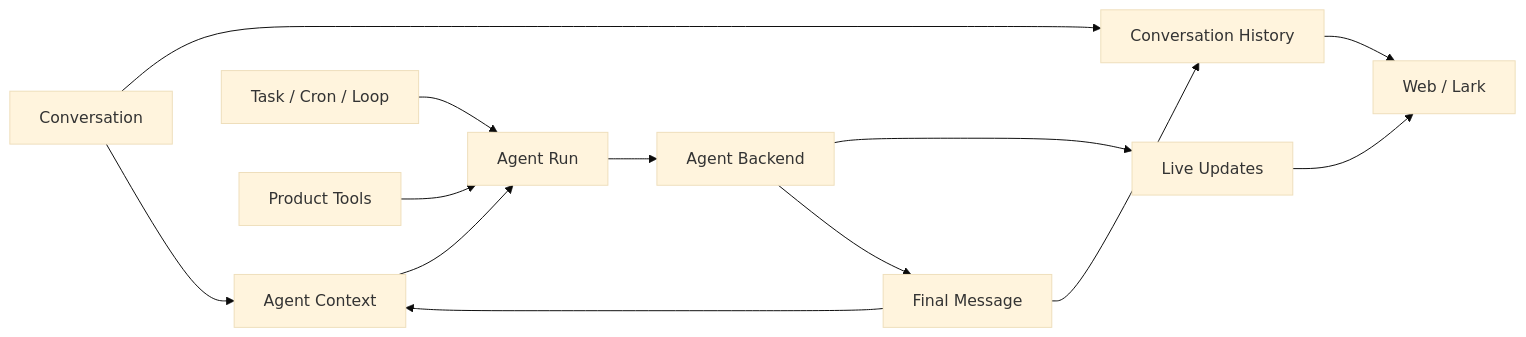
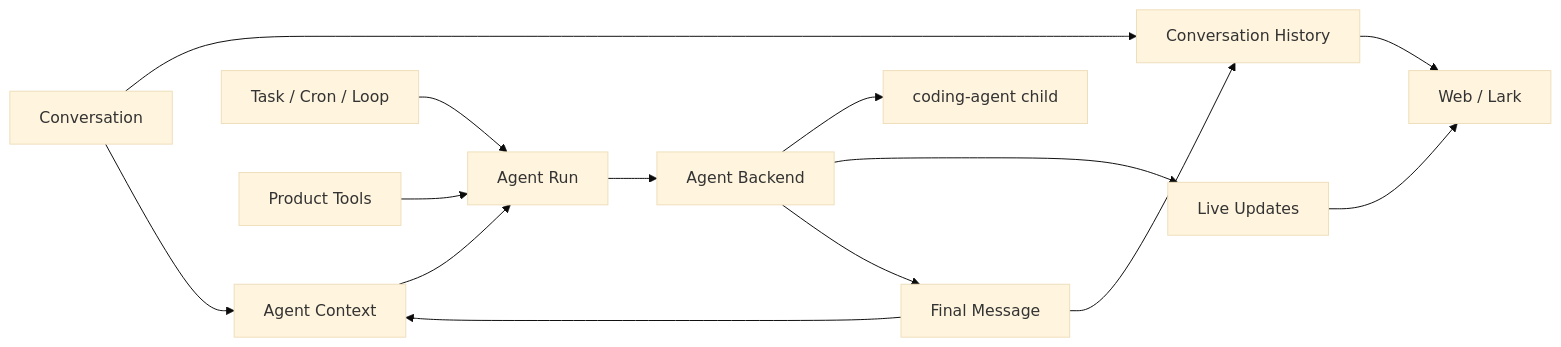
Before and after one commit to Chengchcc/my-agent-dev: the first of 3 diagrams in docs/architecture/map.md, drawn with Mermaid (base theme). The commit also changed other lines of this file and 99 other files, not shown here.

````diff
--- a/docs/architecture/map.md
+++ b/docs/architecture/map.md
@@ -7,15 +7,16 @@
 ```mermaid
 flowchart LR
   Conversation[Conversation] --> History[Conversation History]
   Conversation --> Context[Agent Context]
   Context --> Run[Agent Run]
   Automation[Task / Cron / Loop] --> Run
   Tools[Product Tools] --> Run
   Run --> Backend[Agent Backend]
+  Backend --> Child[coding-agent child]
   Backend --> Updates[Live Updates]
   Backend --> Message[Final Message]
   Message --> History
   Message --> Context
   History --> Web[Web / Lark]
   Updates --> Web
 ```
````
